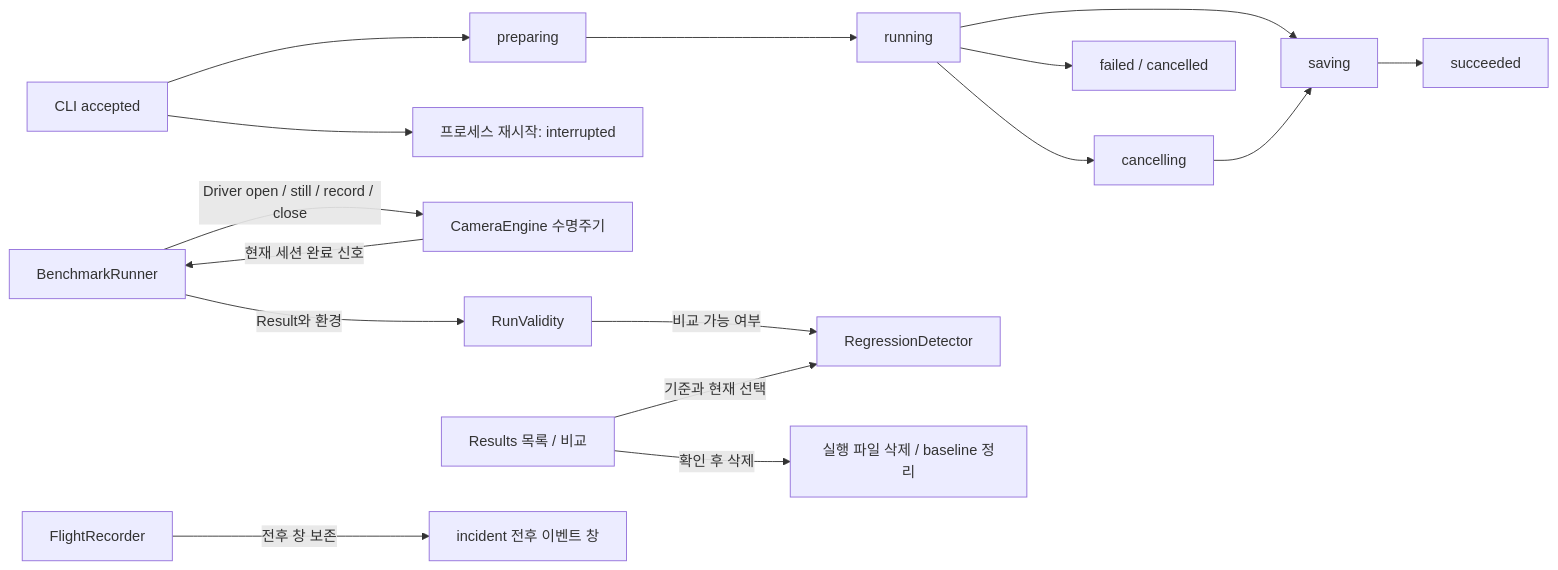
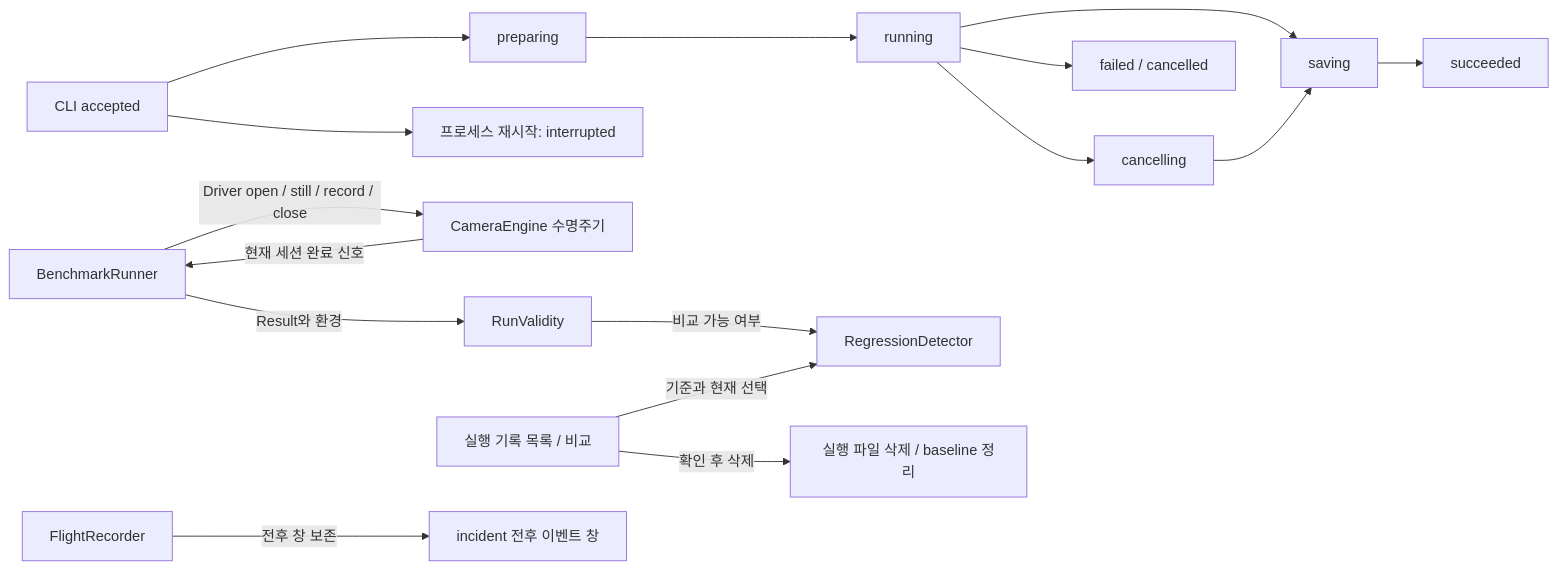
One commit to TTolsun/hal-camera changed the diagram in .omm/state-transitions/diagram.mmd. Above: the diagram before and after it, drawn with Mermaid. The commit also changed 30 other files, not shown here.

```diff
--- a/.omm/state-transitions/diagram.mmd
+++ b/.omm/state-transitions/diagram.mmd
@@ -1,12 +1,12 @@
 graph LR
     accepted["CLI accepted"] --> preparing["preparing"] --> running["running"] --> saving["saving"] --> succeeded["succeeded"]
     running --> cancelling["cancelling"] --> saving
     running --> failed["failed / cancelled"]
     accepted --> interrupted["프로세스 재시작: interrupted"]
     runner["BenchmarkRunner"] -->|"Driver open / still / record / close"| engine["CameraEngine 수명주기"]
     engine -->|"현재 세션 완료 신호"| runner
     runner -->|"Result와 환경"| validity["RunValidity"]
     validity -->|"비교 가능 여부"| comparison["RegressionDetector"]
-    history["Results 목록 / 비교"] -->|"기준과 현재 선택"| comparison
+    history["실행 기록 목록 / 비교"] -->|"기준과 현재 선택"| comparison
     history -->|"확인 후 삭제"| delete["실행 파일 삭제 / baseline 정리"]
     recorder["FlightRecorder"] -->|"전후 창 보존"| incident["incident 전후 이벤트 창"]
```
